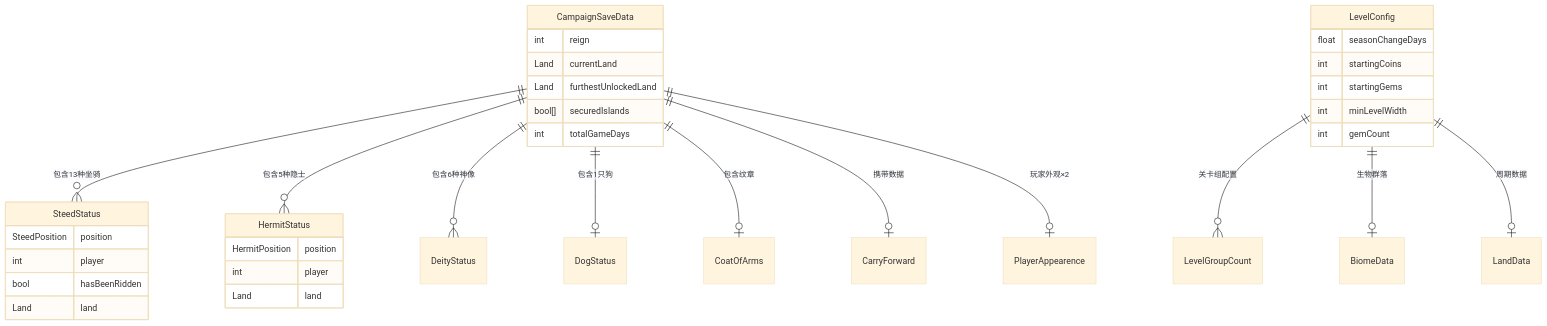
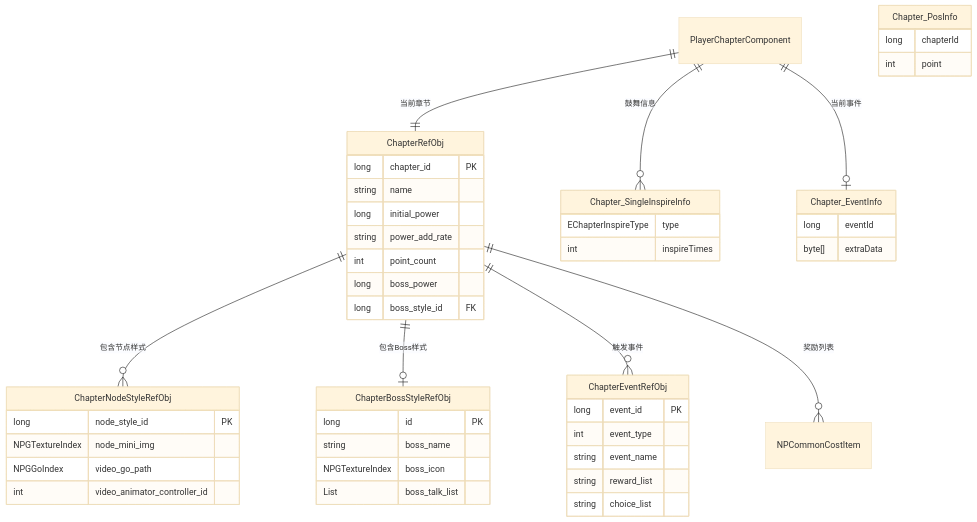
The first of 2 diagrams in docs/Module_Chapter/01_数据配表.md (Alan-Ben/k2c_game_framework), drawn with Mermaid (base theme) before and after one commit. The commit also changed other lines of this file and 6 other files, not shown here.

````diff
--- a/docs/Module_Chapter/01_数据配表.md
+++ b/docs/Module_Chapter/01_数据配表.md
@@ -340,43 +651,58 @@
 ```mermaid
 erDiagram
-    CampaignSaveData ||--o{ SteedStatus : "包含13种坐骑"
-    CampaignSaveData ||--o{ HermitStatus : "包含5种隐士"
-    CampaignSaveData ||--o{ DeityStatus : "包含6种神像"
-    CampaignSaveData ||--o| DogStatus : "包含1只狗"
-    CampaignSaveData ||--o| CoatOfArms : "包含纹章"
-    CampaignSaveData ||--o| CarryForward : "携带数据"
-    CampaignSaveData ||--o| PlayerAppearence : "玩家外观×2"
-    
-    CampaignSaveData {
-        int reign
-        Land currentLand
-        Land furthestUnlockedLand
-        bool[] securedIslands
-        int totalGameDays
+    ChapterRefObj ||--o{ ChapterNodeStyleRefObj : "包含节点样式"
+    ChapterRefObj ||--o| ChapterBossStyleRefObj : "包含Boss样式"
+    ChapterRefObj ||--o{ ChapterEventRefObj : "触发事件"
+    ChapterRefObj ||--o{ NPCommonCostItem : "奖励列表"
+
+    PlayerChapterComponent ||--|| ChapterRefObj : "当前章节"
+    PlayerChapterComponent ||--o{ Chapter_SingleInspireInfo : "鼓舞信息"
+    PlayerChapterComponent ||--o| Chapter_EventInfo : "当前事件"
+
+    ChapterRefObj {
+        long chapter_id PK
+        string name
+        long initial_power
+        string power_add_rate
+        int point_count
+        long boss_power
+        long boss_style_id FK
     }
-    
-    SteedStatus {
-        SteedPosition position
-        int player
-        bool hasBeenRidden
-        Land land
+
+    ChapterNodeStyleRefObj {
+        long node_style_id PK
+        NPGTextureIndex node_mini_img
+        NPGGoIndex video_go_path
+        int video_animator_controller_id
     }
-    
-    HermitStatus {
-        HermitPosition position
-        int player
-        Land land
+
+    ChapterBossStyleRefObj {
+        long id PK
+        string boss_name
+        NPGTextureIndex boss_icon
+        List boss_talk_list
     }
-    
-    LevelConfig ||--o{ LevelGroupCount : "关卡组配置"
-    LevelConfig ||--o| BiomeData : "生物群落"
-    LevelConfig ||--o| LandData : "周期数据"
-    
-    LevelConfig {
-        float seasonChangeDays
-        int startingCoins
-        int startingGems
-        int minLevelWidth
-        int gemCount
+
+    ChapterEventRefObj {
+        long event_id PK
+        int event_type
+        string event_name
+        string reward_list
+        string choice_list
+    }
+
+    Chapter_PosInfo {
+        long chapterId
+        int point
+    }
+
+    Chapter_SingleInspireInfo {
+        EChapterInspireType type
+        int inspireTimes
+    }
+
+    Chapter_EventInfo {
+        long eventId
+        byte[] extraData
     }
 ```
````
